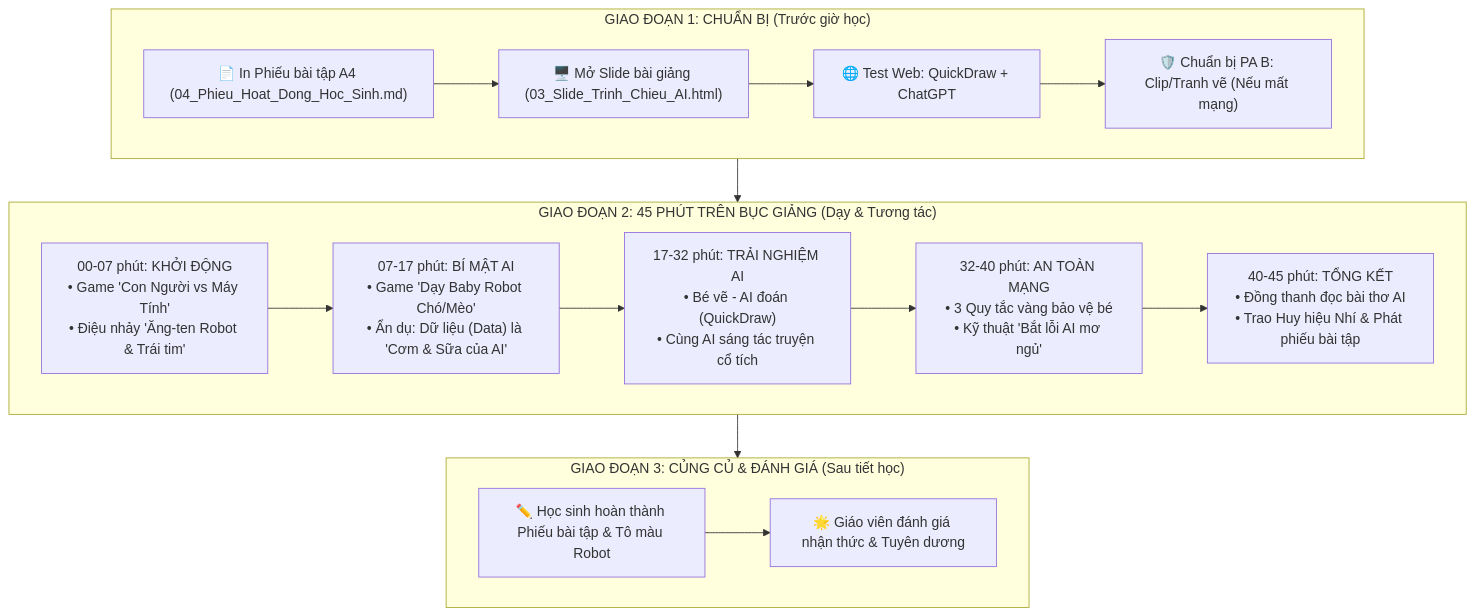
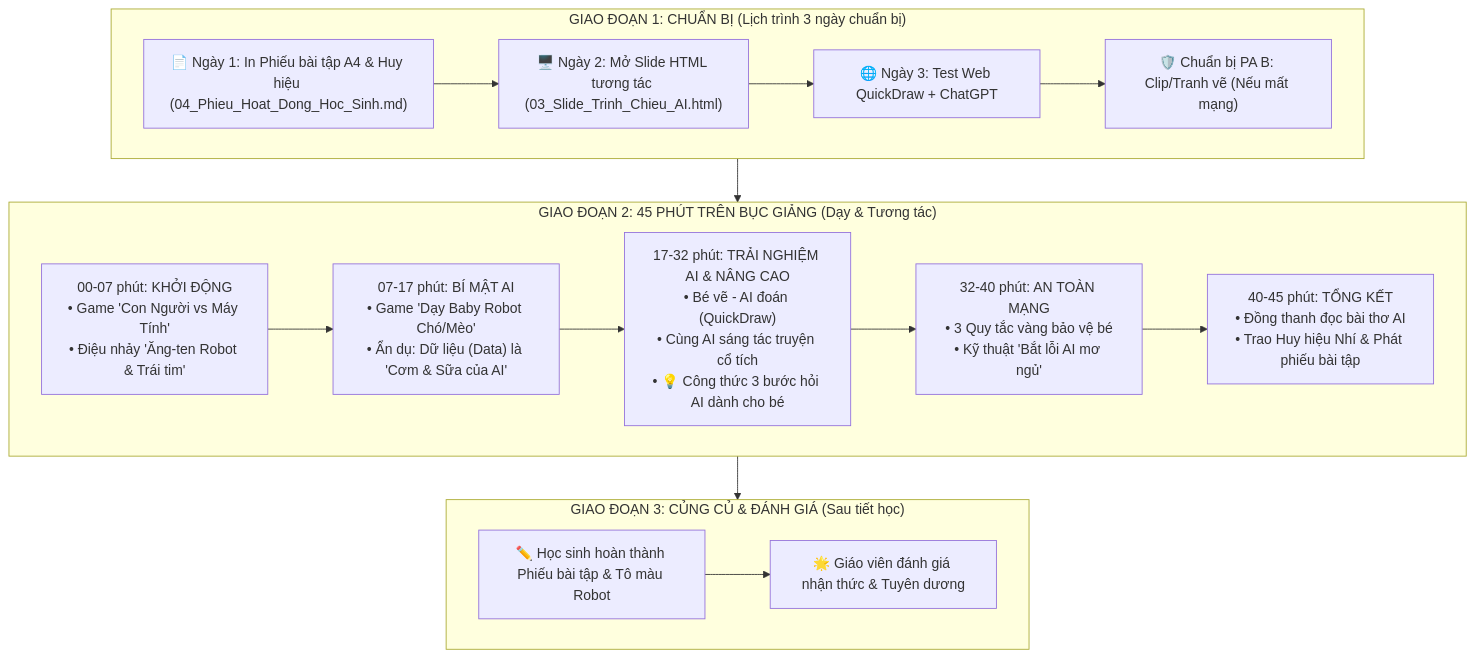
Before and after one commit to tranvanlong1999/AI: the diagram in 02_Bai_Giang_AI_Cho_Hoc_Sinh_Tieu_Hoc.md, drawn with Mermaid. The commit also changed other lines of this file and 1 other file, not shown here.

Commit message:
Enrich master plan with visual flow menu, 3-day timeline, and 3-step kids prompt formula

````diff
--- a/02_Bai_Giang_AI_Cho_Hoc_Sinh_Tieu_Hoc.md
+++ b/02_Bai_Giang_AI_Cho_Hoc_Sinh_Tieu_Hoc.md
@@ -9,22 +9,22 @@
 ```mermaid
 flowchart TD
-    subgraph STAGE1 ["GIAO ĐOẠN 1: CHUẨN BỊ (Trước giờ học)"]
-        A1["📄 In Phiếu bài tập A4 (04_Phieu_Hoat_Dong_Hoc_Sinh.md)"] --> A2["🖥️ Mở Slide bài giảng (03_Slide_Trinh_Chieu_AI.html)"]
-        A2 --> A3["🌐 Test Web: QuickDraw + ChatGPT"]
+    subgraph STAGE1 ["GIAO ĐOẠN 1: CHUẨN BỊ (Lịch trình 3 ngày chuẩn bị)"]
+        A1["📄 Ngày 1: In Phiếu bài tập A4 & Huy hiệu (04_Phieu_Hoat_Dong_Hoc_Sinh.md)"] --> A2["🖥️ Ngày 2: Mở Slide HTML tương tác (03_Slide_Trinh_Chieu_AI.html)"]
+        A2 --> A3["🌐 Ngày 3: Test Web QuickDraw + ChatGPT"]
         A3 --> A4["🛡️ Chuẩn bị PA B: Clip/Tranh vẽ (Nếu mất mạng)"]
     end
 
     subgraph STAGE2 ["GIAO ĐOẠN 2: 45 PHÚT TRÊN BỤC GIẢNG (Dạy & Tương tác)"]
         B1["00-07 phút: KHỞI ĐỘNG\n• Game 'Con Người vs Máy Tính'\n• Điệu nhảy 'Ăng-ten Robot & Trái tim'"] --> B2["07-17 phút: BÍ MẬT AI\n• Game 'Dạy Baby Robot Chó/Mèo'\n• Ẩn dụ: Dữ liệu (Data) là 'Cơm & Sữa của AI'"]
-        B2 --> B3["17-32 phút: TRẢI NGHIỆM AI\n• Bé vẽ - AI đoán (QuickDraw)\n• Cùng AI sáng tác truyện cổ tích"]
+        B2 --> B3["17-32 phút: TRẢI NGHIỆM AI & NÂNG CAO\n• Bé vẽ - AI đoán (QuickDraw)\n• Cùng AI sáng tác truyện cổ tích\n• 💡 Công thức 3 bước hỏi AI dành cho bé"]
         B3 --> B4["32-40 phút: AN TOÀN MẠNG\n• 3 Quy tắc vàng bảo vệ bé\n• Kỹ thuật 'Bắt lỗi AI mơ ngủ'"]
         B4 --> B5["40-45 phút: TỔNG KẾT\n• Đồng thanh đọc bài thơ AI\n• Trao Huy hiệu Nhí & Phát phiếu bài tập"]
     end
 
     subgraph STAGE3 ["GIAO ĐOẠN 3: CỦNG CỦ & ĐÁNH GIÁ (Sau tiết học)"]
         C1["✏️ Học sinh hoàn thành Phiếu bài tập & Tô màu Robot"] --> C2["🌟 Giáo viên đánh giá nhận thức & Tuyên dương"]
     end
 
     STAGE1 --> STAGE2
     STAGE2 --> STAGE3
 ```
````
